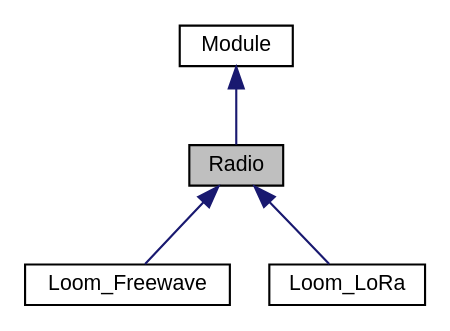
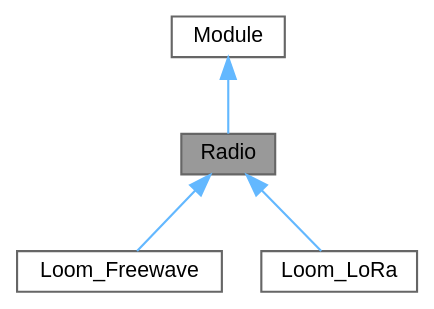
Before and after one commit to OPEnSLab-OSU/Loom-V4: the diagram in docs/class_radio__inherit__graph.dot, drawn with Graphviz. The commit also changed 773 other files, not shown here.

```diff
--- a/docs/class_radio__inherit__graph.dot
+++ b/docs/class_radio__inherit__graph.dot
@@ -1,13 +1,14 @@
 digraph "Radio"
 {
  // LATEX_PDF_SIZE
-  edge [fontname="Helvetica",fontsize="10",labelfontname="Helvetica",labelfontsize="10"];
-  node [fontname="Helvetica",fontsize="10",shape=record];
-  Node1 [label="Radio",height=0.2,width=0.4,color="black", fillcolor="grey75", style="filled", fontcolor="black",tooltip=" "];
-  Node2 -> Node1 [dir="back",color="midnightblue",fontsize="10",style="solid",fontname="Helvetica"];
-  Node2 [label="Module",height=0.2,width=0.4,color="black", fillcolor="white", style="filled",URL="$class_module.html",tooltip="General overarching interface to provide basic unified functionality."];
-  Node1 -> Node3 [dir="back",color="midnightblue",fontsize="10",style="solid",fontname="Helvetica"];
-  Node3 [label="Loom_Freewave",height=0.2,width=0.4,color="black", fillcolor="white", style="filled",URL="$class_loom___freewave.html",tooltip="Used to communicate with LoRa type radios."];
-  Node1 -> Node4 [dir="back",color="midnightblue",fontsize="10",style="solid",fontname="Helvetica"];
-  Node4 [label="Loom_LoRa",height=0.2,width=0.4,color="black", fillcolor="white", style="filled",URL="$class_loom___lo_ra.html",tooltip="Used to communicate with LoRa type radios."];
+  bgcolor="transparent";
+  edge [fontname=Helvetica,fontsize=10,labelfontname=Helvetica,labelfontsize=10];
+  node [fontname=Helvetica,fontsize=10,shape=box,height=0.2,width=0.4];
+  Node1 [label="Radio",height=0.2,width=0.4,color="gray40", fillcolor="grey60", style="filled", fontcolor="black",tooltip=" "];
+  Node2 -> Node1 [dir="back",color="steelblue1",style="solid"];
+  Node2 [label="Module",height=0.2,width=0.4,color="gray40", fillcolor="white", style="filled",URL="$class_module.html",tooltip=" "];
+  Node1 -> Node3 [dir="back",color="steelblue1",style="solid"];
+  Node3 [label="Loom_Freewave",height=0.2,width=0.4,color="gray40", fillcolor="white", style="filled",URL="$class_loom___freewave.html",tooltip=" "];
+  Node1 -> Node4 [dir="back",color="steelblue1",style="solid"];
+  Node4 [label="Loom_LoRa",height=0.2,width=0.4,color="gray40", fillcolor="white", style="filled",URL="$class_loom___lo_ra.html",tooltip=" "];
 }
```
